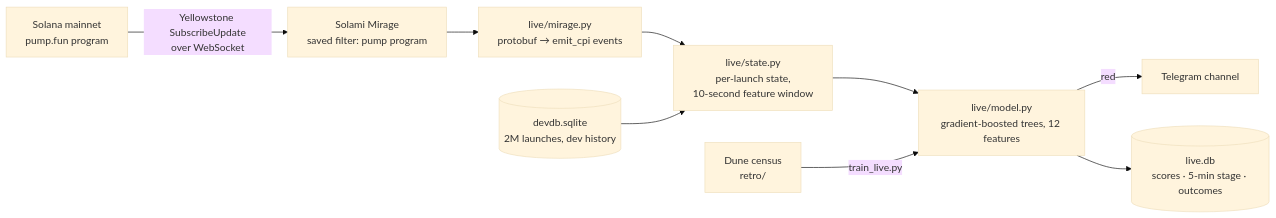
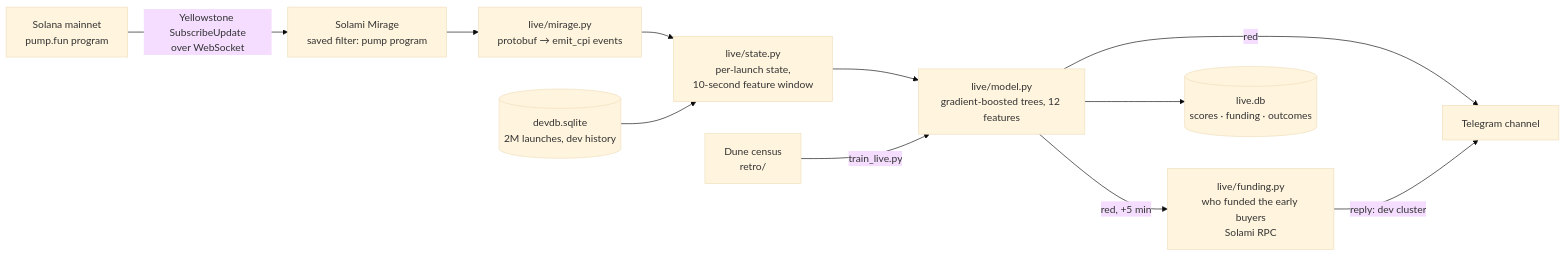
Before and after one commit to Pahan4ek/cluster: the diagram in README.md, drawn with Mermaid (base theme). The commit also changed other lines of this file, not shown here.

First line of the commit message:
README: live results, funding check section with first-night cases, updated diagram and limitations

````diff
--- a/README.md
+++ b/README.md
@@ -58,11 +89,13 @@
 ```mermaid
 flowchart LR
   A[Solana mainnet<br/>pump.fun program] -->|Yellowstone SubscribeUpdate<br/>over WebSocket| B[Solami Mirage<br/>saved filter: pump program]
   B --> C[live/mirage.py<br/>protobuf → emit_cpi events]
   C --> D[live/state.py<br/>per-launch state,<br/>10-second feature window]
   D --> E[live/model.py<br/>gradient-boosted trees, 12 features]
   E -->|red| F[Telegram channel]
-  E --> G[(live.db<br/>scores · 5-min stage · outcomes)]
+  E -->|red, +5 min| K[live/funding.py<br/>who funded the early buyers<br/>Solami RPC]
+  K -->|reply: dev cluster| F
+  E --> G[(live.db<br/>scores · funding · outcomes)]
   H[(devdb.sqlite<br/>2M launches, dev history)] --> D
   I[Dune census<br/>retro/] -->|train_live.py| E
 ```
````
